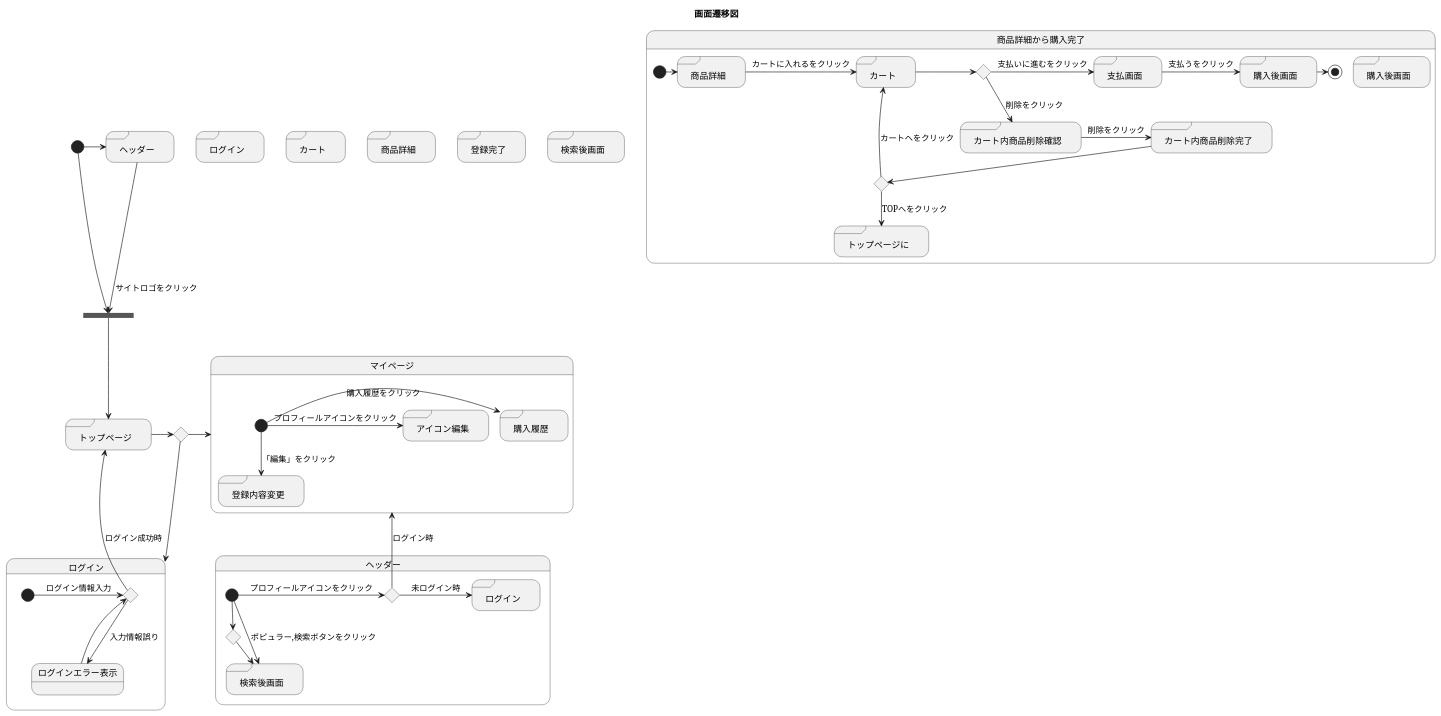
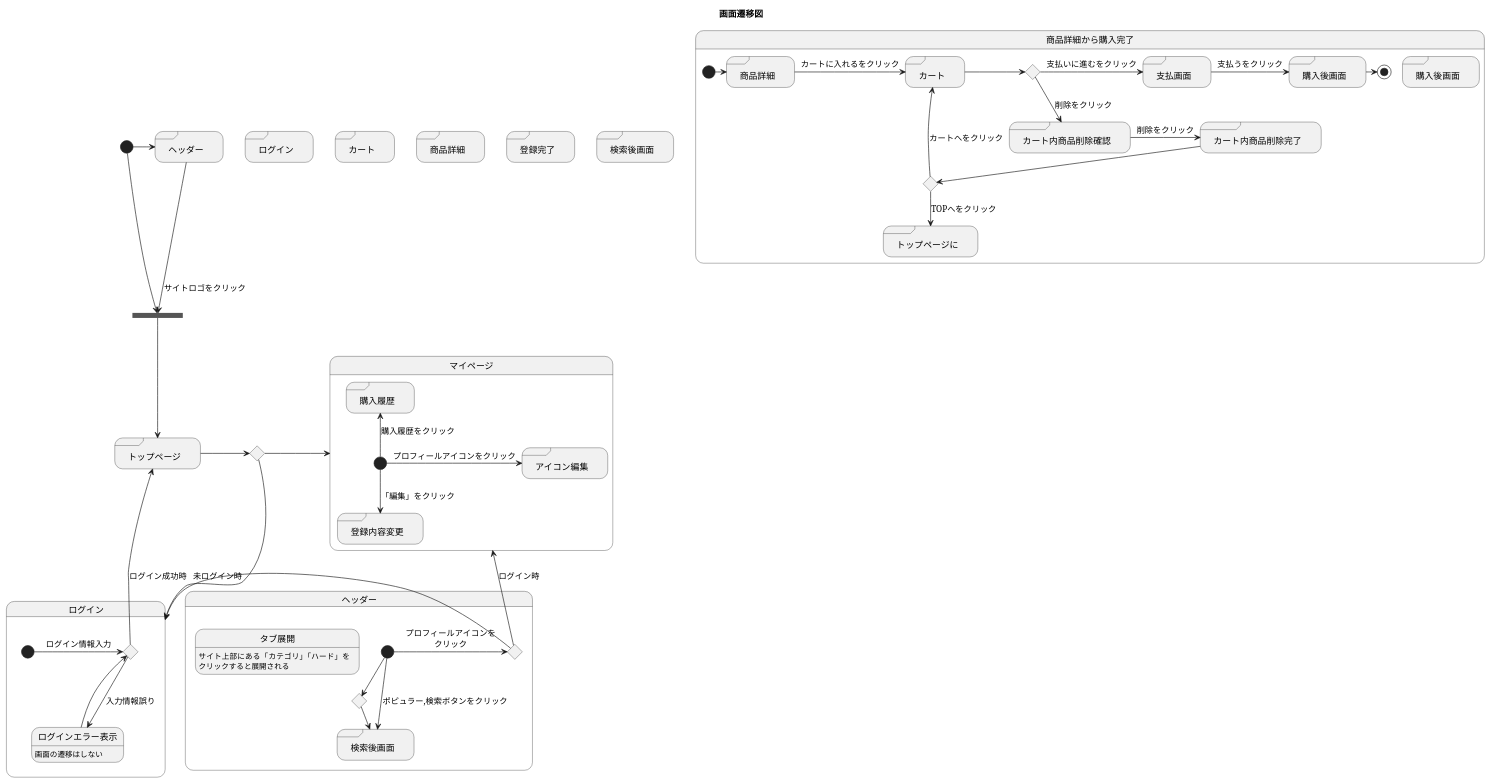
One commit to akutori/T-D-E changed the diagram in UML.md. Above: the diagram before and after it, drawn with PlantUML.

Commit message:
位置変更

```diff
--- a/UML.md
+++ b/UML.md
@@ -23,13 +23,16 @@
 ifmain --> ログイン
 
 state ヘッダー{
-    state "ログイン" as logininheadder <<sdlreceive>>
+    'state "ログイン" as logininheadder <<sdlreceive>>
     state ifheadder <<choice>>
     state ifheadder1 <<choice>>
     state "検索後画面" as searchinheadder <<sdlreceive>>
-    [*]->ifheadder : プロフィールアイコンをクリック
-    ifheadder->logininheadder : 未ログイン時
+    state タブ展開:サイト上部にある「カテゴリ」「ハード」を\nクリックすると展開される
+
+    [*]->ifheadder : プロフィールアイコンを\nクリック
+    ifheadder->ログイン : 未ログイン時
     ifheadder-up->マイページ : ログイン時
+
     [*]-->searchinheadder :ポピュラー,検索ボタンをクリック
     [*]-right->ifheadder1 : カテゴリ,ハードをクリック
     ifheadder1 -> searchinheadder : 項目をクリック
@@ -37,7 +40,7 @@
 
 state ログイン{
     state iflogin <<choice>>
-    state ログインエラー表示
+    state ログインエラー表示:画面の遷移はしない
 
     [*]-> iflogin : ログイン情報入力
     iflogin -up-> ログインエラー表示 : 入力情報誤り
@@ -75,7 +78,7 @@
 state "アイコン編集" as icon <<sdlreceive>>
 state "登録内容変更" as change <<sdlreceive>>
 
-[*]->bought : 購入履歴をクリック
+[*]-up->bought : 購入履歴をクリック
 [*]-->change : 「編集」をクリック
 [*]->icon : プロフィールアイコンをクリック
 }
```
